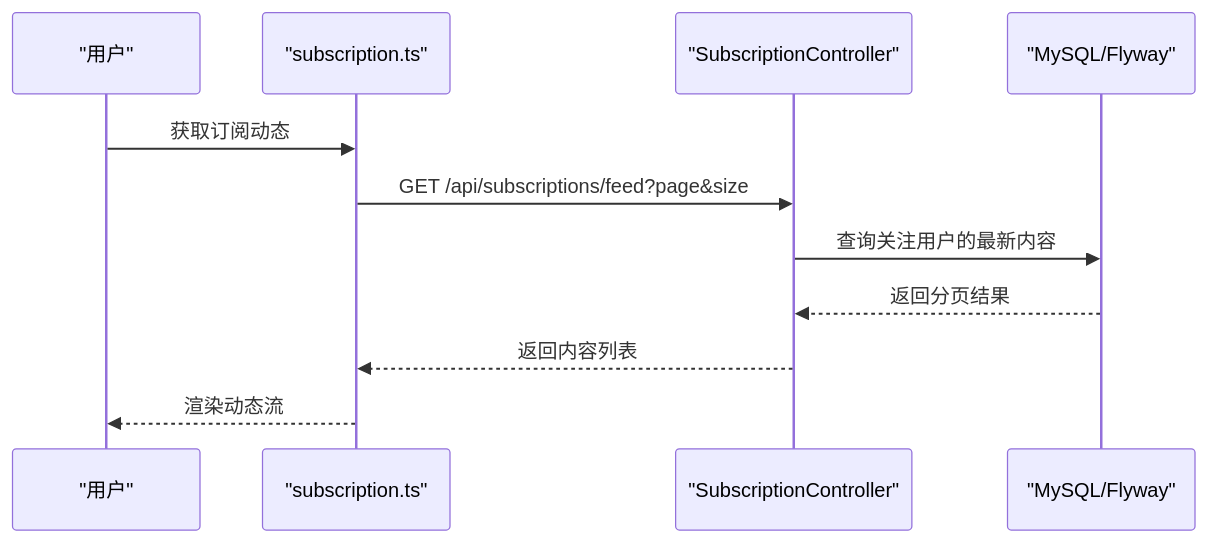
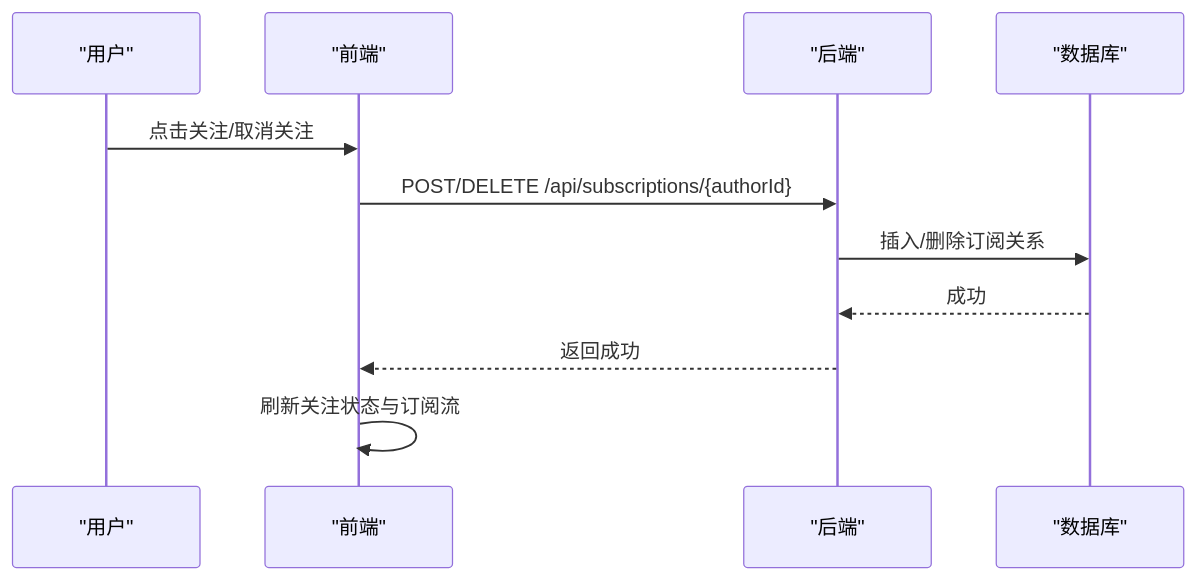
Before and after one commit to koala-xiong/communication-qoder: the sixth of 7 diagrams in .qoder/repowiki/zh/content/项目概述.md, drawn with Mermaid. The commit also changed other lines of this file and 73 other files, not shown here.

````diff
--- a/.qoder/repowiki/zh/content/项目概述.md
+++ b/.qoder/repowiki/zh/content/项目概述.md
@@ -260,13 +242,13 @@
 ```mermaid
 sequenceDiagram
 participant U as "用户"
-participant API as "subscription.ts"
-participant CTRL as "SubscriptionController"
-participant DB as "MySQL/Flyway"
-U->>API : 获取订阅动态
-API->>CTRL : GET /api/subscriptions/feed?page&size
-CTRL->>DB : 查询关注用户的最新内容
-DB-->>CTRL : 返回分页结果
-CTRL-->>API : 返回内容列表
-API-->>U : 渲染动态流
+participant FE as "前端"
+participant API as "后端"
+participant DB as "数据库"
+U->>FE : 点击关注/取消关注
+FE->>API : POST/DELETE /api/subscriptions/{authorId}
+API->>DB : 插入/删除订阅关系
+DB-->>API : 成功
+API-->>FE : 返回成功
+FE->>FE : 刷新关注状态与订阅流
 ```
````
